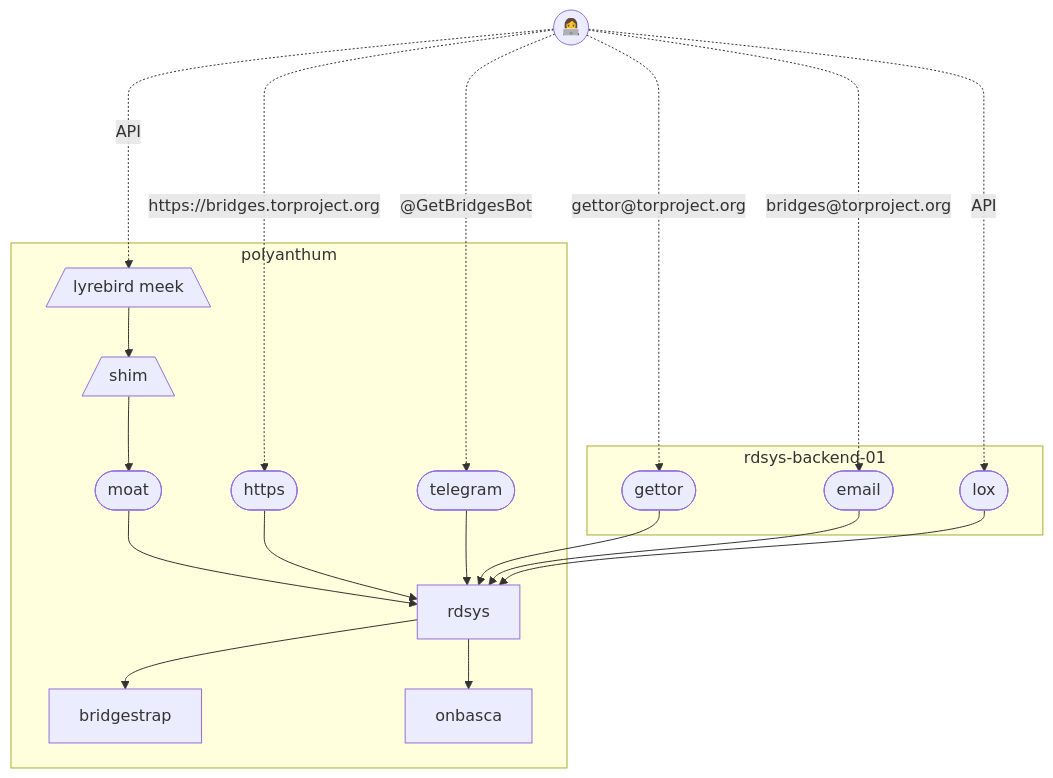
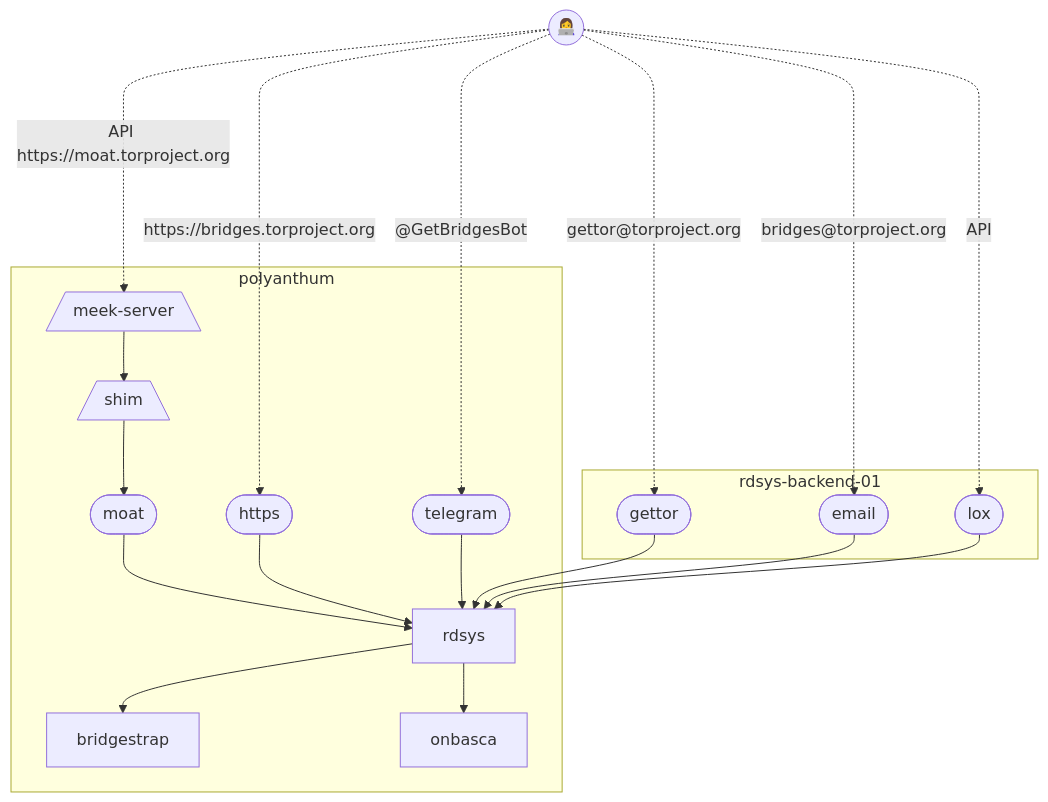
One commit to mikeperry-tor/acwiki changed the diagram in Survival-Guides/Rdsys-Survival-Guide.md. Above: the diagram before and after it, drawn with Mermaid.

Commit message:
Update Rdsys Survival Guide: update graph

````diff
--- a/Survival-Guides/Rdsys-Survival-Guide.md
+++ b/Survival-Guides/Rdsys-Survival-Guide.md
@@ -26,23 +26,23 @@
 ```mermaid
 flowchart TB
-    U((👩‍💻)) -.API...-> Y
+    U((👩‍💻)) -."API https://moat.torproject.org"...-> Y
     U -."https://bridges.torproject.org".-> H
     U -."@GetBridgesBot".-> T 
     U -."gettor@torproject.org".-> G 
     U -."bridges@torproject.org".-> E
     U -.API.-> L
     subgraph polyanthum
     R[rdsys] --> B[bridgestrap]
     R --> O[onbasca]
     M([moat]) --> R
     H([https]) --> R
     T([telegram]) --> R
     S[/shim\] --> M
-    Y[/lyrebird meek\] --> S
+    Y[/meek-server\] --> S
     end
     subgraph rdsys-backend-01
     G([gettor]) --> R
     E([email]) --> R
     L([lox]) --> R
     end
 ```
````
